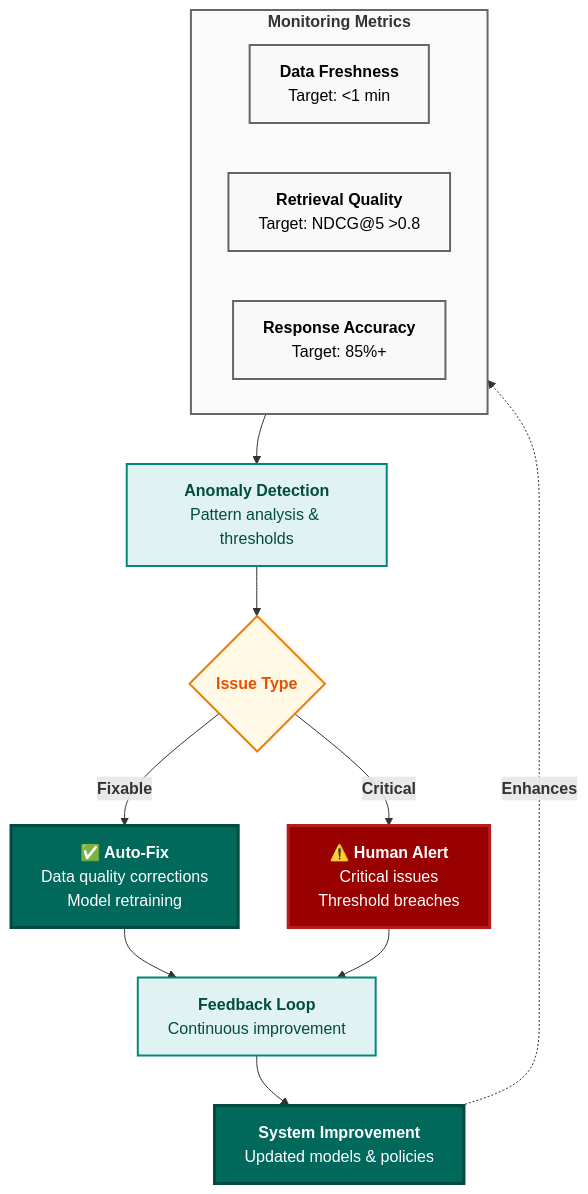
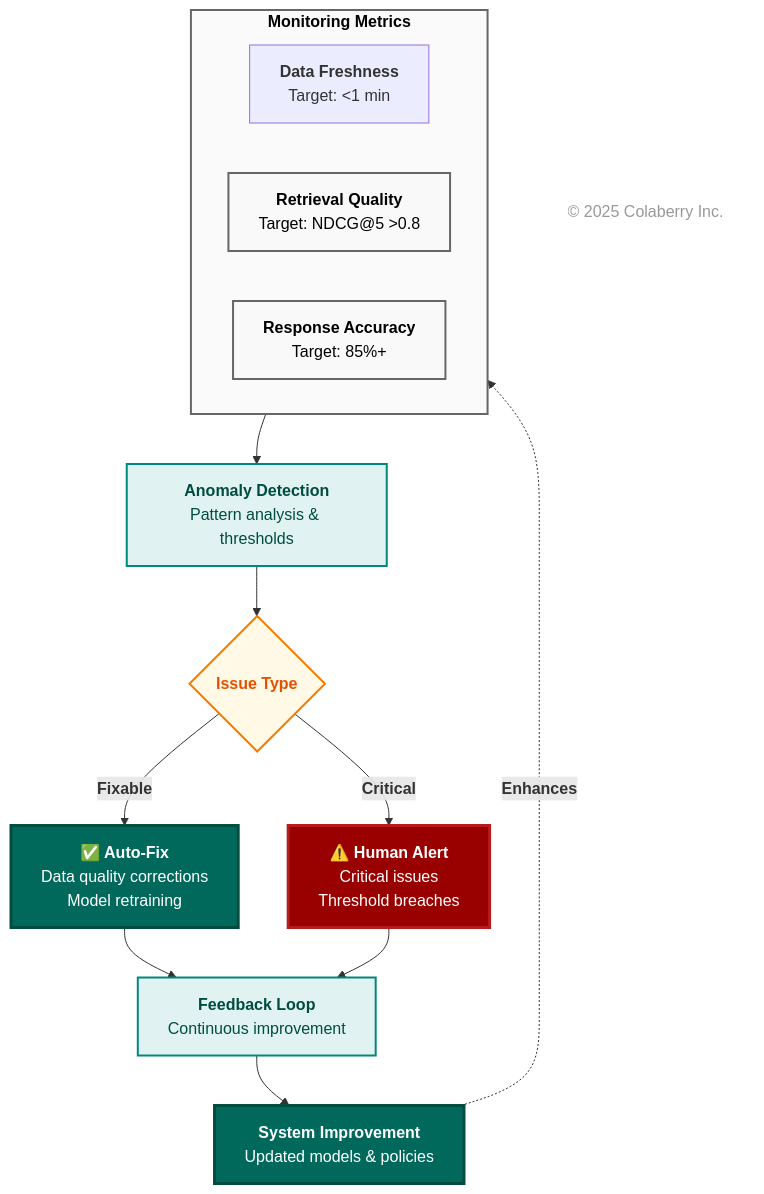
One commit to colaberry/enterprise-data-readiness-ai-agents changed the tenth of 16 diagrams in chapter-01/chapter_1_complete.md. Above: the diagram before and after it, drawn with Mermaid. The commit also changed other lines of this file, not shown here.

````diff
--- a/chapter-01/chapter_1_complete.md
+++ b/chapter-01/chapter_1_complete.md
@@ -1458,40 +1499,44 @@
 ```mermaid
 graph TB
     subgraph metrics["<b>Monitoring Metrics</b>"]
         M1["<b>Data Freshness</b><br/>Target: <1 min"]
         M2["<b>Retrieval Quality</b><br/>Target: NDCG@5 >0.8"]
         M3["<b>Response Accuracy</b><br/>Target: 85%+"]
     end
     
     DETECT["<b>Anomaly Detection</b><br/>Pattern analysis & thresholds"]
     
     CLASSIFY{<b>Issue Type</b>}
     
     AUTO["<b>✅ Auto-Fix</b><br/>Data quality corrections<br/>Model retraining"]
     
     ALERT["<b>⚠️ Human Alert</b><br/>Critical issues<br/>Threshold breaches"]
     
     FEEDBACK["<b>Feedback Loop</b><br/>Continuous improvement"]
     
     IMPROVE["<b>System Improvement</b><br/>Updated models & policies"]
     
     metrics --> DETECT
     DETECT --> CLASSIFY
     CLASSIFY -->|"<b>Fixable</b>"| AUTO
     CLASSIFY -->|"<b>Critical</b>"| ALERT
     AUTO --> FEEDBACK
     ALERT --> FEEDBACK
     FEEDBACK --> IMPROVE
     IMPROVE -.->|"<b>Enhances</b>"| metrics
     
-    style metrics fill:#fafafa,stroke:#666666,stroke-width:2px
-    style M1 fill:#f9f9f9,stroke:#666666,stroke-width:2px,color:#000000
+    style metrics fill:#fafafa,stroke:#666666,stroke-width:2px,color:#000000    style M1 fill:#f9f9f9,stroke:#666666,stroke-width:2px,color:#000000
     style M2 fill:#f9f9f9,stroke:#666666,stroke-width:2px,color:#000000
     style M3 fill:#f9f9f9,stroke:#666666,stroke-width:2px,color:#000000
     style DETECT fill:#e0f2f1,stroke:#00897b,stroke-width:2px,color:#004d40
     style CLASSIFY fill:#fff9e6,stroke:#f57c00,stroke-width:2px,color:#e65100
     style AUTO fill:#00695c,color:#ffffff,stroke:#004d40,stroke-width:3px
     style ALERT fill:#990000,color:#ffffff,stroke:#b71c1c,stroke-width:3px
     style FEEDBACK fill:#e0f2f1,stroke:#00897b,stroke-width:2px,color:#004d40
+
+    %% Copyright Notice
+    CR["© 2025 Colaberry Inc."]
+
     style IMPROVE fill:#00695c,color:#ffffff,stroke:#004d40,stroke-width:3px
+    style CR fill:none,stroke:none,color:#999999
 ```
````
